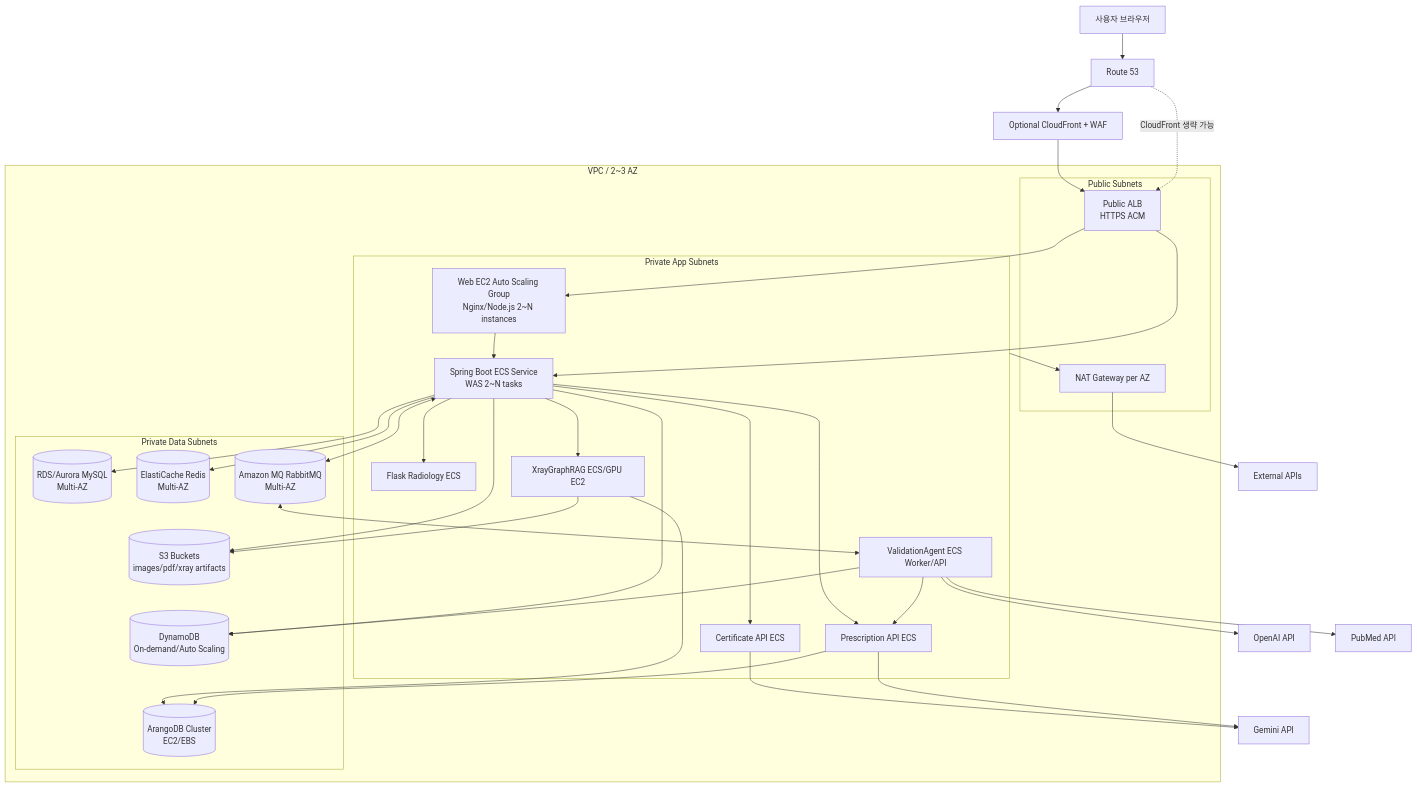
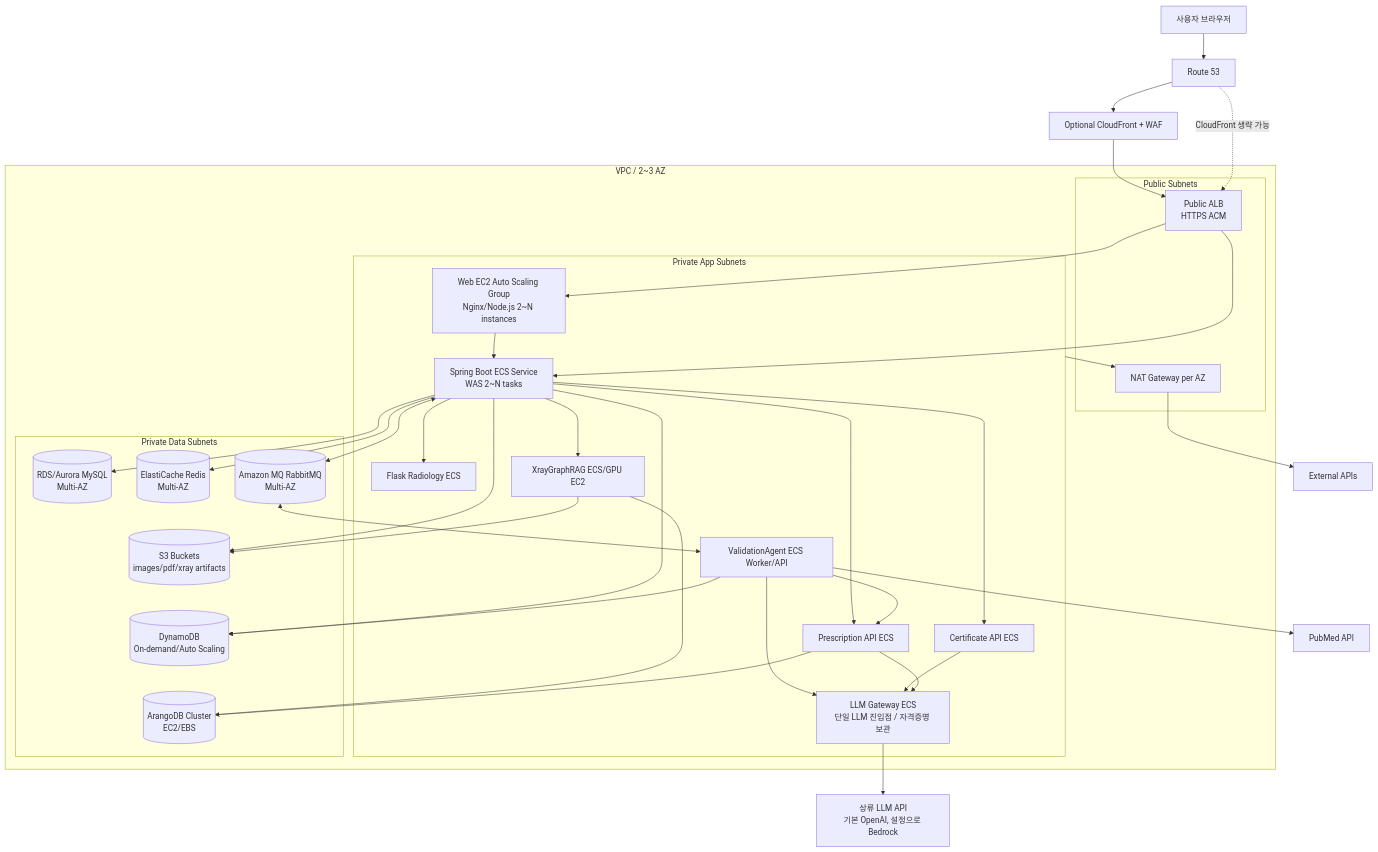
The first of 8 diagrams in Docs/AWS Architecture.md (kjbddo/bitcomputer-emr), drawn with Mermaid before and after one commit. The commit also changed other lines of this file and 11 other files, not shown here.

````diff
--- a/Docs/AWS Architecture.md
+++ b/Docs/AWS Architecture.md
@@ -24,62 +30,64 @@
 ```mermaid
 flowchart TB
   User[사용자 브라우저] --> R53[Route 53]
   R53 --> CF[Optional CloudFront + WAF]
   CF --> ALB[Public ALB<br/>HTTPS ACM]
   R53 -. CloudFront 생략 가능 .-> ALB
 
   subgraph VPC["VPC / 2~3 AZ"]
     subgraph Public["Public Subnets"]
       ALB
       NAT[NAT Gateway per AZ]
     end
 
     subgraph PrivateApp["Private App Subnets"]
       WebASG[Web EC2 Auto Scaling Group<br/>Nginx/Node.js 2~N instances]
       SpringTG[Spring Boot ECS Service<br/>WAS 2~N tasks]
       Flask[Flask Radiology ECS]
       Xray[XrayGraphRAG ECS/GPU EC2]
       Cert[Certificate API ECS]
       Rx[Prescription API ECS]
       Val[ValidationAgent ECS Worker/API]
+      GW[LLM Gateway ECS<br/>단일 LLM 진입점 / 자격증명 보관]
     end
 
     subgraph PrivateData["Private Data Subnets"]
       RDS[(RDS/Aurora MySQL<br/>Multi-AZ)]
       Redis[(ElastiCache Redis<br/>Multi-AZ)]
       MQ[(Amazon MQ RabbitMQ<br/>Multi-AZ)]
       DDB[(DynamoDB<br/>On-demand/Auto Scaling)]
       Arango[(ArangoDB Cluster<br/>EC2/EBS)]
       S3Data[(S3 Buckets<br/>images/pdf/xray artifacts)]
     end
   end
 
   ALB --> WebASG
   ALB --> SpringTG
 
   WebASG --> SpringTG
   SpringTG --> RDS
   SpringTG --> Redis
   SpringTG <--> MQ
   SpringTG --> S3Data
   SpringTG --> Flask
   SpringTG --> Xray
   SpringTG --> Cert
   SpringTG --> Rx
   SpringTG --> DDB
 
   MQ <--> Val
   Val --> Rx
   Val --> DDB
-  Val --> OpenAI[OpenAI API]
+  Val --> GW
   Val --> PubMed[PubMed API]
 
   Xray --> Arango
   Xray --> S3Data
   Rx --> Arango
-  Cert --> Gemini[Gemini API]
-  Rx --> Gemini
+  Cert --> GW
+  Rx --> GW
+  GW --> Upstream[상류 LLM API<br/>기본 OpenAI, 설정으로 Bedrock]
 
   PrivateApp --> NAT
   NAT --> Internet[External APIs]
 ```
````
